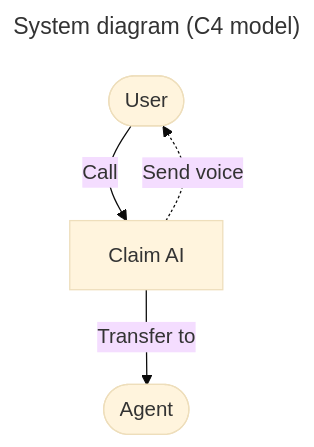
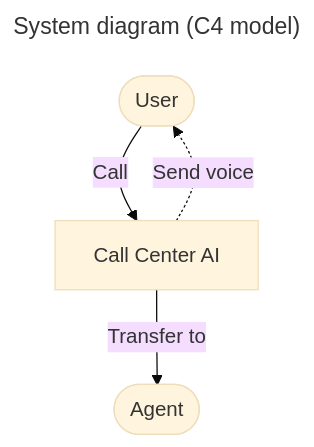
Before and after one commit to microsoft/call-center-ai: the first of 3 diagrams in README.md, drawn with Mermaid (base theme). The commit also changed other lines of this file and 19 other files, not shown here.

Commit message:
breaking: Allow to configure task and claim schema on demand by API

````diff
--- a/README.md
+++ b/README.md
@@ -80,14 +117,14 @@
 ```mermaid
 ---
 title: System diagram (C4 model)
 ---
 graph
   user(["User"])
   agent(["Agent"])
 
-  api["Claim AI"]
+  app["Call Center AI"]
 
-  api -- Transfer to --> agent
-  api -. Send voice .-> user
-  user -- Call --> api
+  app -- Transfer to --> agent
+  app -. Send voice .-> user
+  user -- Call --> app
 ```
````
